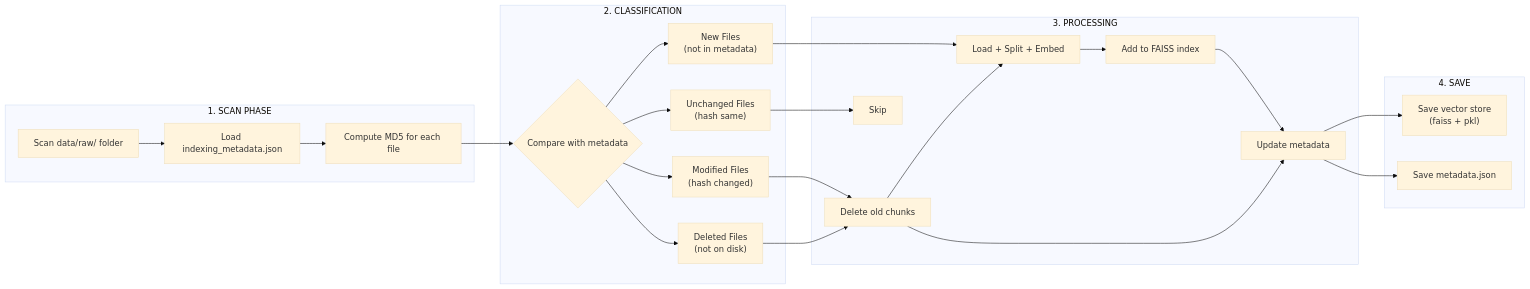
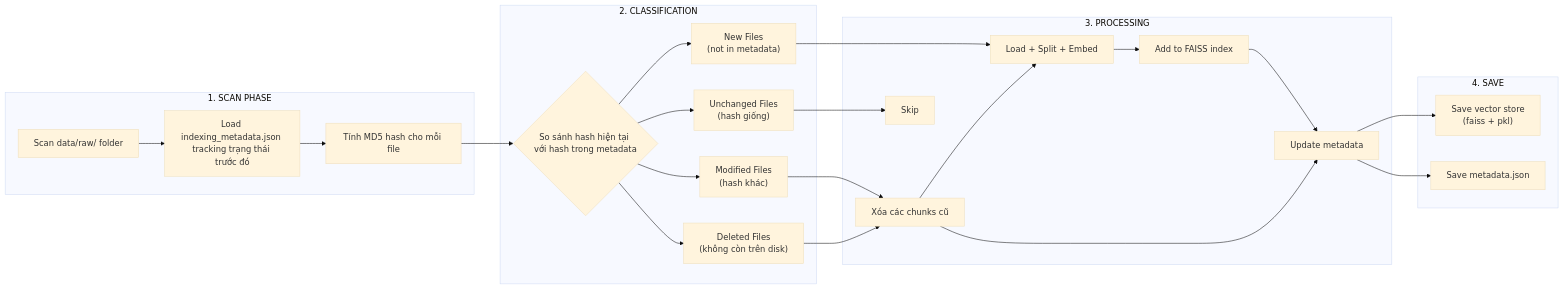
One commit to doananhhung/chat-bot-law changed the fifth of 5 diagrams in presentation_slides/pages/member2.md. Above: the diagram before and after it, drawn with Mermaid (base theme). The commit also changed other lines of this file and 3 other files, not shown here.

````diff
--- a/presentation_slides/pages/member2.md
+++ b/presentation_slides/pages/member2.md
@@ -431,47 +429,47 @@
 ```mermaid
 flowchart LR
     subgraph SCAN[" 1. SCAN PHASE"]
         A[" Scan data/raw/ folder"]
-        B[" Load indexing_metadata.json"]
-        C[" Compute MD5 for each file"]
+        B[" Load indexing_metadata.json tracking trạng thái trước đó"]
+        C[" Tính MD5 hash cho mỗi file"]
     end
     
     subgraph CLASSIFY[" 2. CLASSIFICATION"]
-        D{" Compare with metadata"}
+        D{" So sánh hash hiện tại với hash trong metadata"}
         E[" New Files<br/>(not in metadata)"]
-        F[" Modified Files<br/>(hash changed)"]
-        G[" Deleted Files<br/>(not on disk)"]
-        H[" Unchanged Files<br/>(hash same)"]
+        F[" Modified Files<br/>(hash khác)"]
+        G[" Deleted Files<br/>(không còn trên disk)"]
+        H[" Unchanged Files<br/>(hash giống)"]
     end
     
     subgraph PROCESS[" 3. PROCESSING"]
-        I[" Delete old chunks"]
+        I[" Xóa các chunks cũ"]
         J[" Load + Split + Embed"]
         K[" Add to FAISS index"]
         L[" Update metadata"]
         M[" Skip"]
     end
     
     subgraph SAVE[" 4. SAVE"]
         N[" Save vector store<br/>(faiss + pkl)"]
         O[" Save metadata.json"]
     end
     
     A --> B
     B --> C
     C --> D
     D --> E
     D --> F
     D --> G
     D --> H
     E --> J
     F --> I
     I --> J
     G --> I
     H --> M
     J --> K
     K --> L
     I --> L
     L --> N
     L --> O
 ```
````
